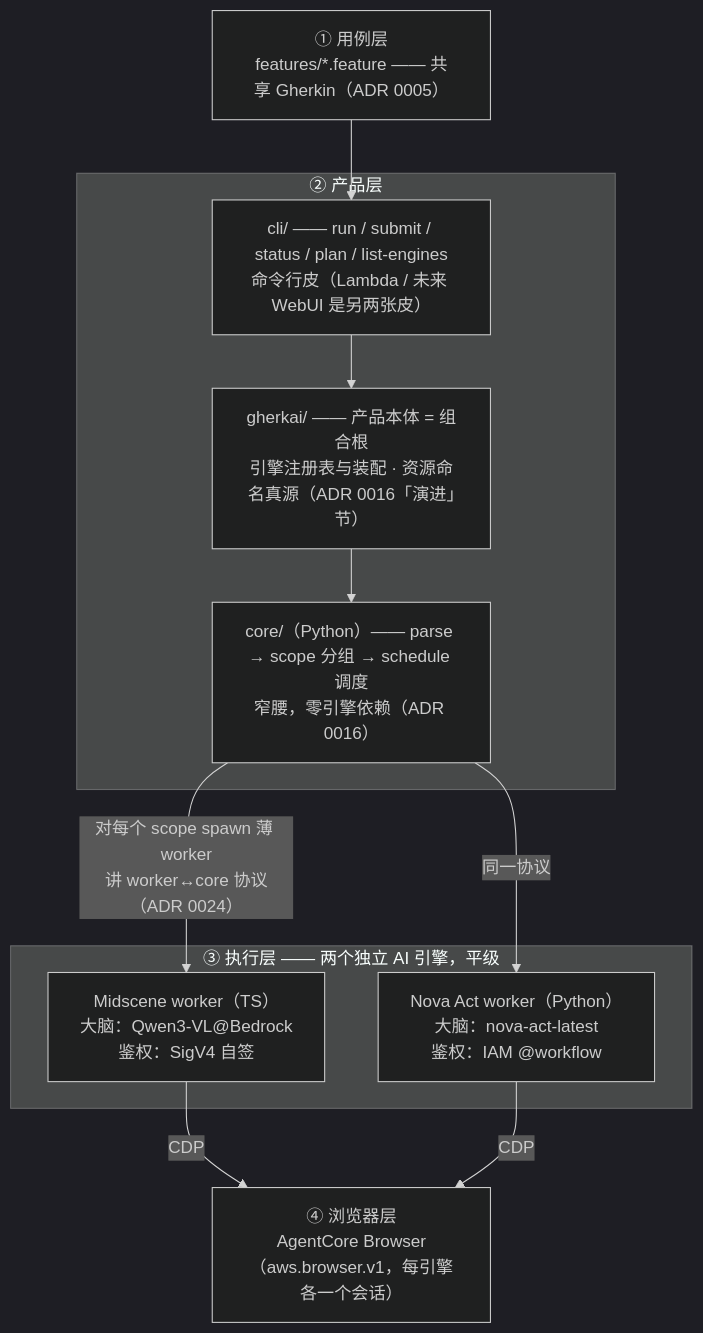
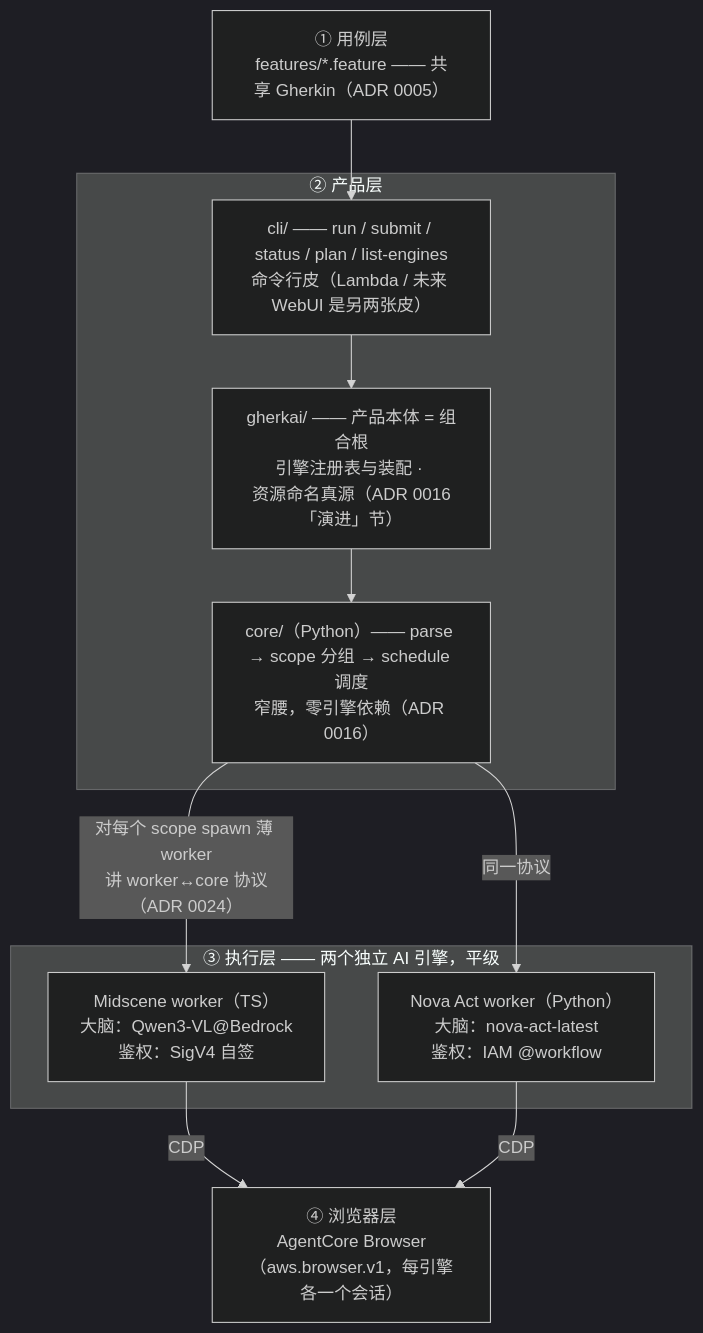
Before and after one commit to zhiyanliu/gherkai: the diagram in README.md, drawn with Mermaid (dark theme). The commit also changed other lines of this file and 3 other files, not shown here.

````diff
--- a/README.md
+++ b/README.md
@@ -31,24 +31,24 @@
 ```mermaid
 flowchart TD
     F["① 用例层<br/>features/*.feature —— 共享 Gherkin（ADR 0005）"]
 
     subgraph L2["② 产品层"]
         CLI["cli/ —— run / submit / status / plan / list-engines<br/>命令行皮（Lambda / 未来 WebUI 是另两张皮）"]
-        G["gherkai/ —— 产品本体 = 组合根<br/>引擎注册表与装配 · 资源命名真源（ADR 0016「演进」节）"]
+        G["gherkai/ —— 产品本体 = 组合根<br/>引擎注册表与装配 · <br/>资源命名真源（ADR 0016「演进」节）"]
         C["core/（Python）—— parse → scope 分组 → schedule 调度<br/>窄腰，零引擎依赖（ADR 0016）"]
         CLI --> G --> C
     end
 
     subgraph L3["③ 执行层 —— 两个独立 AI 引擎，平级"]
         M["Midscene worker（TS）<br/>大脑：Qwen3-VL@Bedrock<br/>鉴权：SigV4 自签"]
         N["Nova Act worker（Python）<br/>大脑：nova-act-latest<br/>鉴权：IAM @workflow"]
     end
 
     B["④ 浏览器层<br/>AgentCore Browser（aws.browser.v1，每引擎各一个会话）"]
 
     F --> CLI
     C -- "对每个 scope spawn 薄 worker<br/>讲 worker↔core 协议（ADR 0024）" --> M
     C -- " 同一协议 " --> N
     M -- CDP --> B
     N -- CDP --> B
 ```
````
